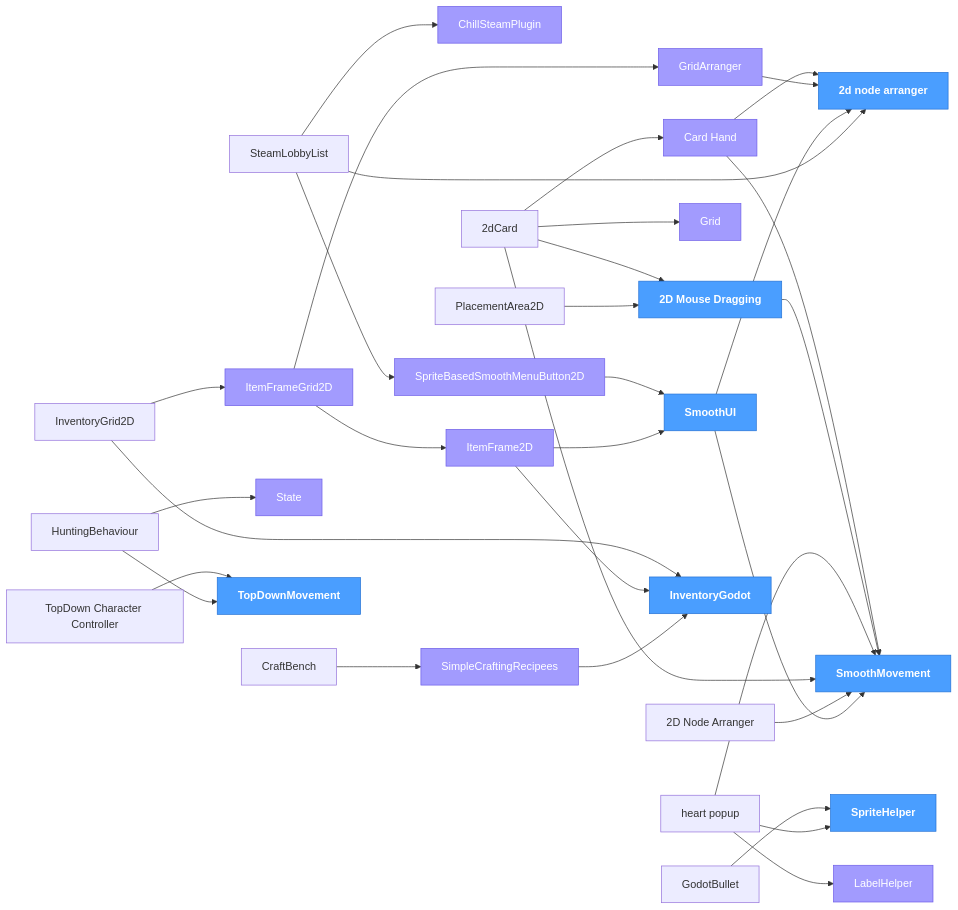
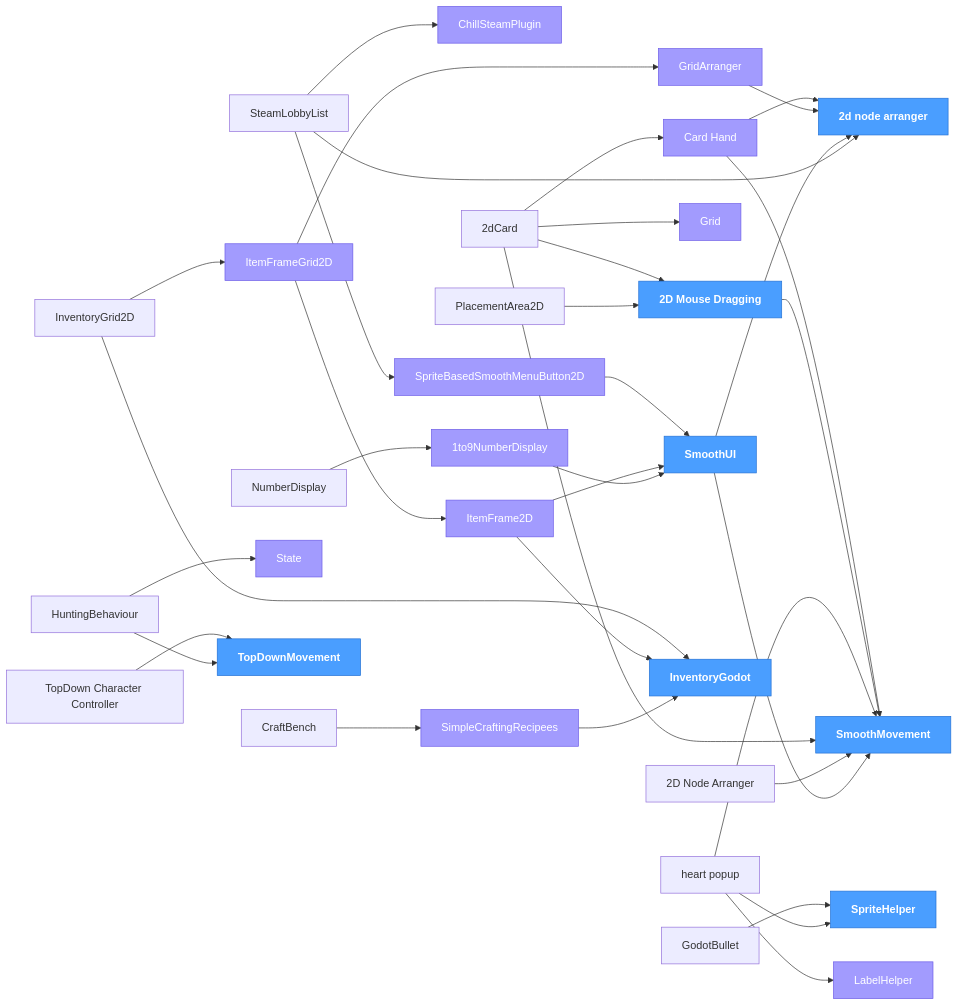
Before and after one commit to ChillCube/.github: the diagram in ADDONS.md, drawn with Mermaid. The commit also changed other lines of this file, not shown here.

Commit message:
registry: update dependency tree

```diff
--- a/ADDONS.md
+++ b/ADDONS.md
@@ -133,9 +137,11 @@
     ItemFrame2D["ItemFrame2D"]
     ItemFrameGrid2D["ItemFrameGrid2D"]
     LabelHelper["LabelHelper"]
+    n_1to9NumberDisplay["1to9NumberDisplay"]
     n_2dCard["2dCard"]
     n_2d_node_arranger["2d node arranger"]
     n_2D_Node_Arranger["2D Node Arranger"]
+    NumberDisplay["NumberDisplay"]
     PlacementArea2D["PlacementArea2D"]
     SimpleCraftingRecipees["SimpleCraftingRecipees"]
     SmoothUI["SmoothUI"]
@@ -163,11 +169,13 @@
     ItemFrame2D --> SmoothUI
     ItemFrameGrid2D --> GridArranger
     ItemFrameGrid2D --> ItemFrame2D
+    n_1to9NumberDisplay --> SmoothUI
     n_2dCard --> Card_Hand
     n_2dCard --> Godot_2D_Mouse_Dragging
     n_2dCard --> Godot_Grid
     n_2dCard --> Godot_SmoothMovement
     n_2D_Node_Arranger --> Godot_SmoothMovement
+    NumberDisplay --> n_1to9NumberDisplay
     PlacementArea2D --> Godot_2D_Mouse_Dragging
     SimpleCraftingRecipees --> InventoryGodot
     SmoothUI --> Godot_SmoothMovement
@@ -187,6 +195,7 @@
     class ItemFrame2D shared
     class ItemFrameGrid2D shared
     class LabelHelper shared
+    class n_1to9NumberDisplay shared
     class n_2d_node_arranger core
     class SimpleCraftingRecipees shared
     class SmoothUI core
@@ -211,9 +220,11 @@
     click ItemFrame2D href "https://github.com/ChillCube/ItemFrame2D" _blank
     click ItemFrameGrid2D href "https://github.com/ChillCube/ItemFrameGrid2D" _blank
     click LabelHelper href "https://github.com/ChillCube/LabelHelper" _blank
+    click n_1to9NumberDisplay href "https://github.com/ChillCube/1to9NumberDisplay" _blank
     click n_2dCard href "https://github.com/ChillCube/2dCard" _blank
     click n_2d_node_arranger href "https://github.com/ChillCube/2d_node_arranger" _blank
     click n_2D_Node_Arranger href "https://github.com/ChillCube/2d_node_arranger" _blank
+    click NumberDisplay href "https://github.com/ChillCube/NumberDisplay" _blank
     click PlacementArea2D href "https://github.com/ChillCube/PlacementArea2D" _blank
     click SimpleCraftingRecipees href "https://github.com/ChillCube/SimpleCraftingRecipees" _blank
     click SmoothUI href "https://github.com/ChillCube/SmoothUI" _blank
```
